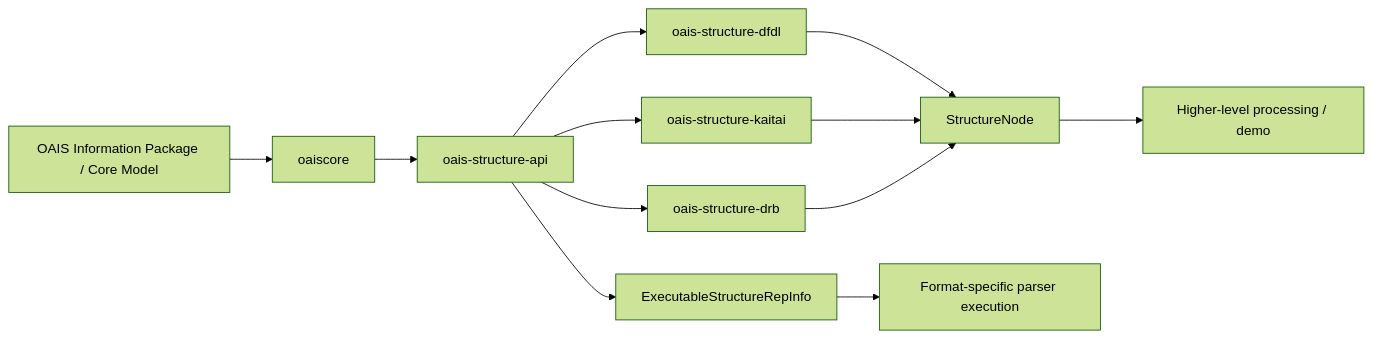
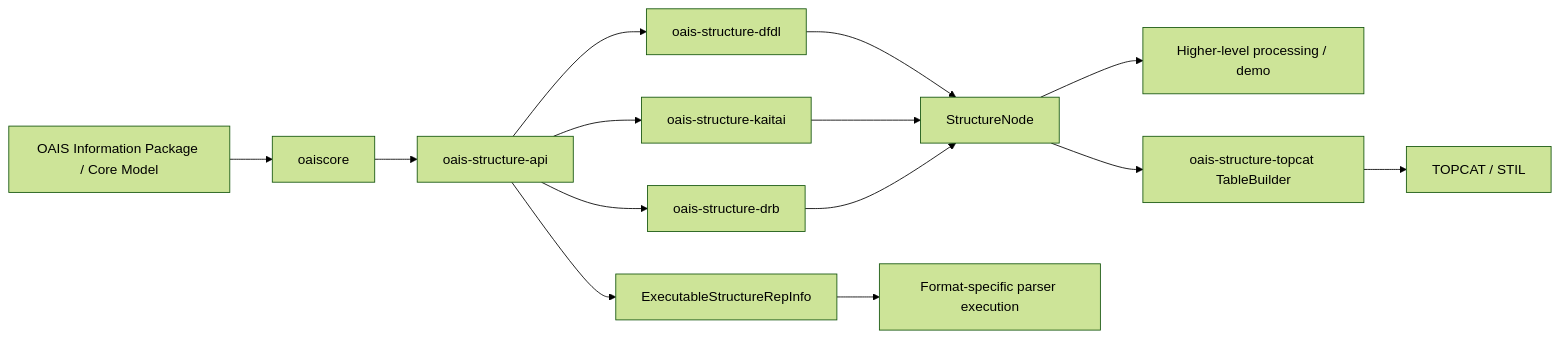
Before and after one commit to dgiaretta/oaisrepinfo: the diagram in README.md, drawn with Mermaid (forest theme). The commit also changed other lines of this file and 7 other files, not shown here.

First line of the commit message:
Add oais-structure-topcat: a TOPCAT/STIL TableBuilder for DFDL/Kaitai/DRB data

````diff
--- a/README.md
+++ b/README.md
@@ -45,15 +46,17 @@
 ```mermaid
 flowchart LR
     A[OAIS Information Package / Core Model] --> B[oaiscore]
     B --> C[oais-structure-api]
     C --> D[oais-structure-dfdl]
     C --> E[oais-structure-kaitai]
     C --> F[oais-structure-drb]
     D --> G[StructureNode]
     E --> G
     F --> G
     G --> H[Higher-level processing / demo]
+    G --> K[oais-structure-topcat TableBuilder]
+    K --> L[TOPCAT / STIL]
 
     C --> I[ExecutableStructureRepInfo]
     I --> J[Format-specific parser execution]
 ```
````
